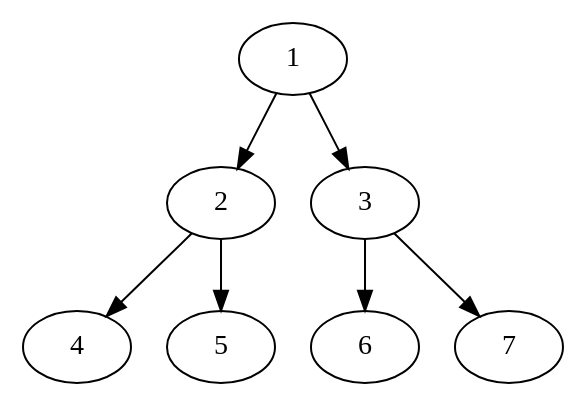
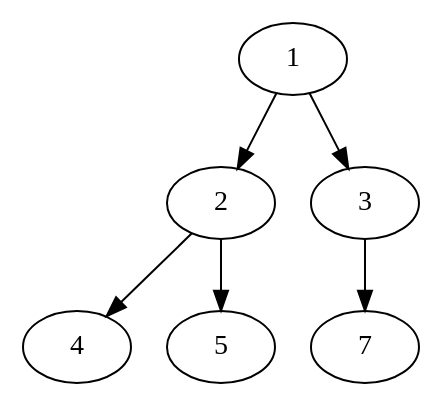
One commit to zmzmhhhxyj/leetcode changed the diagram in tempBinaryTreeFile.dot. Above: the diagram before and after it, drawn with Graphviz. The commit also changed 15 other files, not shown here.

```diff
--- a/tempBinaryTreeFile.dot
+++ b/tempBinaryTreeFile.dot
@@ -1,18 +1,16 @@
 digraph G{
 
 node0[label = "1"];
 node1[label = "2"];
 node3[label = "4"];
 node4[label = "5"];
 node2[label = "3"];
-node5[label = "6"];
 node6[label = "7"];
 
 node0 -> node1;
 node1 -> node3;
 node1 -> node4;
 node0 -> node2;
-node2 -> node5;
 node2 -> node6;
 
 }
```
